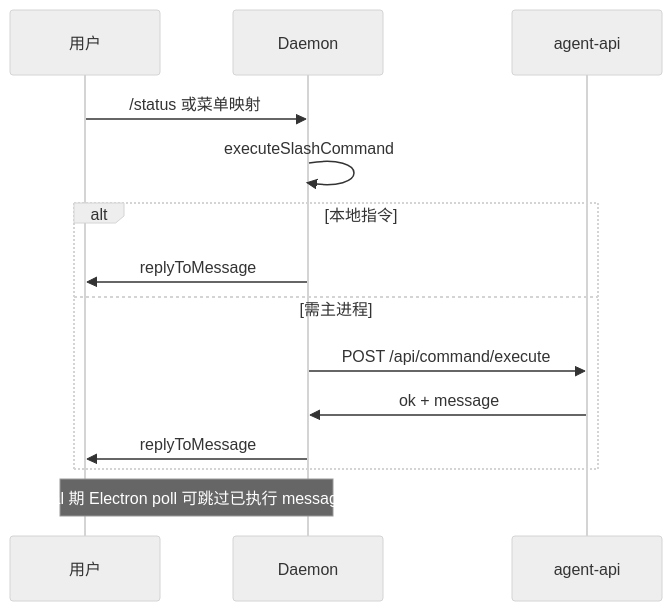
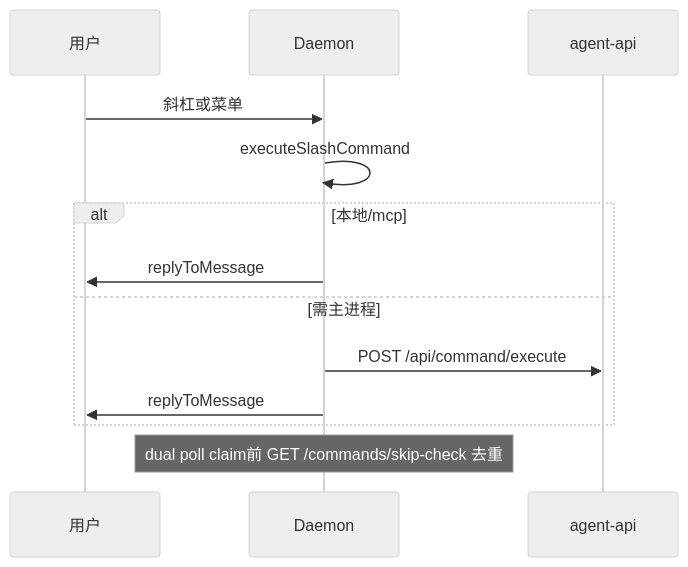
Before and after one commit to suveng/cursor-claw: the diagram in knowledge/业务域/Agent调度/04-远程指令.md, drawn with Mermaid (neutral theme). The commit also changed other lines of this file and 18 other files, not shown here.

````diff
--- a/knowledge/业务域/Agent调度/04-远程指令.md
+++ b/knowledge/业务域/Agent调度/04-远程指令.md
@@ -55,16 +56,15 @@
 ```mermaid
 sequenceDiagram
   participant U as 用户
   participant D as Daemon
   participant E as agent-api
-  U->>D: /status 或菜单映射
+  U->>D: 斜杠或菜单
   D->>D: executeSlashCommand
-  alt 本地指令
+  alt 本地/mcp
     D->>U: replyToMessage
   else 需主进程
     D->>E: POST /api/command/execute
-    E->>D: ok + message
     D->>U: replyToMessage
   end
-  Note over U,D: dual 期 Electron poll 可跳过已执行 messageId
+  Note over D: dual poll claim前 GET /commands/skip-check 去重
 ```
````
